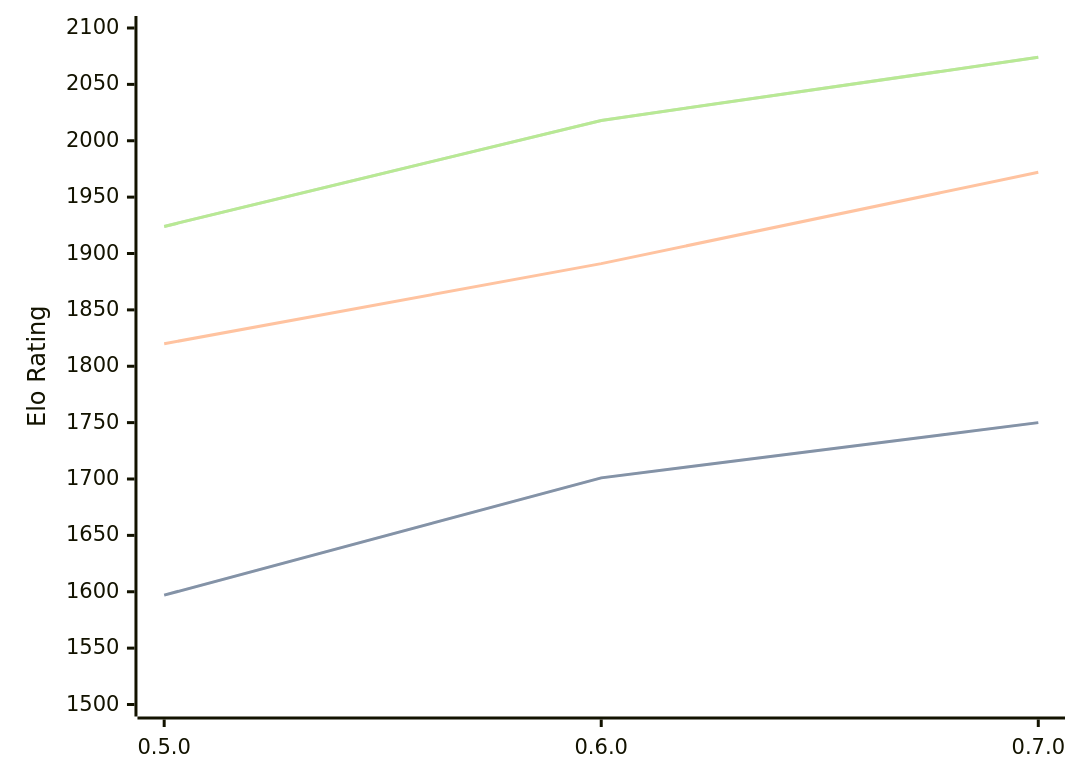
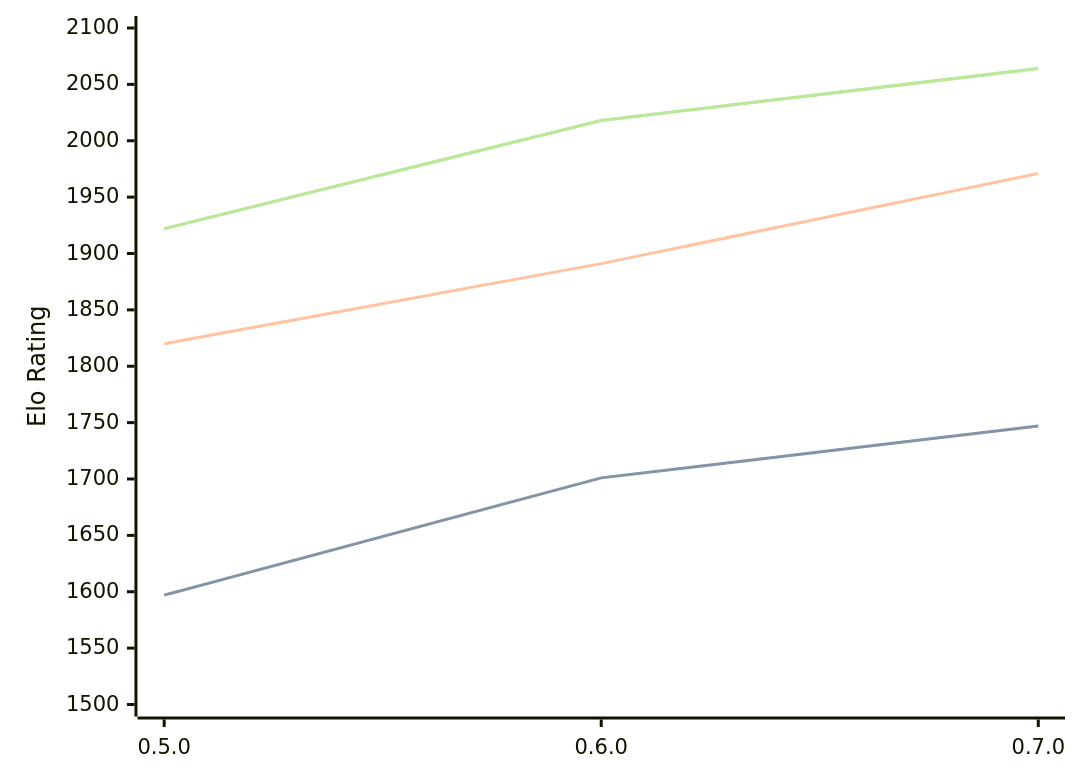
Before and after one commit to computer-chess-index/cci: the diagram in engines/Chess-rs.md, drawn with Mermaid. The commit also changed other lines of this file, not shown here.

Commit message:
Update CCI Ratings (ELO VLTC) - 2026-03-15

````diff
--- a/engines/Chess-rs.md
+++ b/engines/Chess-rs.md
@@ -39,11 +39,11 @@
 ```mermaid
 %%{init: {"theme":"base","themeVariables":{"seriesColors:['#a3a3a3','#222221','#faa371']}}}%%
 xychart-beta
   x-axis ["0.5.0", "0.6.0", "0.7.0"]
   y-axis "Elo Rating" 1500 --> 2100
-  line "STC (8.0+0.08s)" [1597, 1701, 1750]
-  line "STC (8.0+0.08s)" [1597, 1701, 1750]
-  line "LTC (60.0+0.60s)" [1820, 1891, 1972]
-  line "VLTC (2m24s+1.12s)" [1924, 2018, 2074]
-  line "VLTC (2m24s+1.12s)" [1924, 2018, 2074]
+  line "STC (8.0+0.08s)" [1597, 1701, 1747]
+  line "STC (8.0+0.08s)" [1597, 1701, 1747]
+  line "LTC (60.0+0.60s)" [1820, 1891, 1971]
+  line "VLTC (2m24s+1.12s)" [1922, 2018, 2064]
+  line "VLTC (2m24s+1.12s)" [1922, 2018, 2064]
 ```
````
